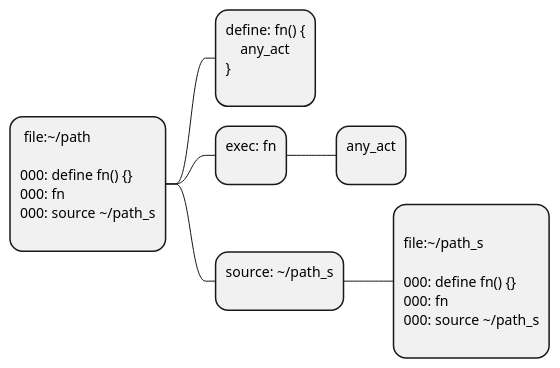
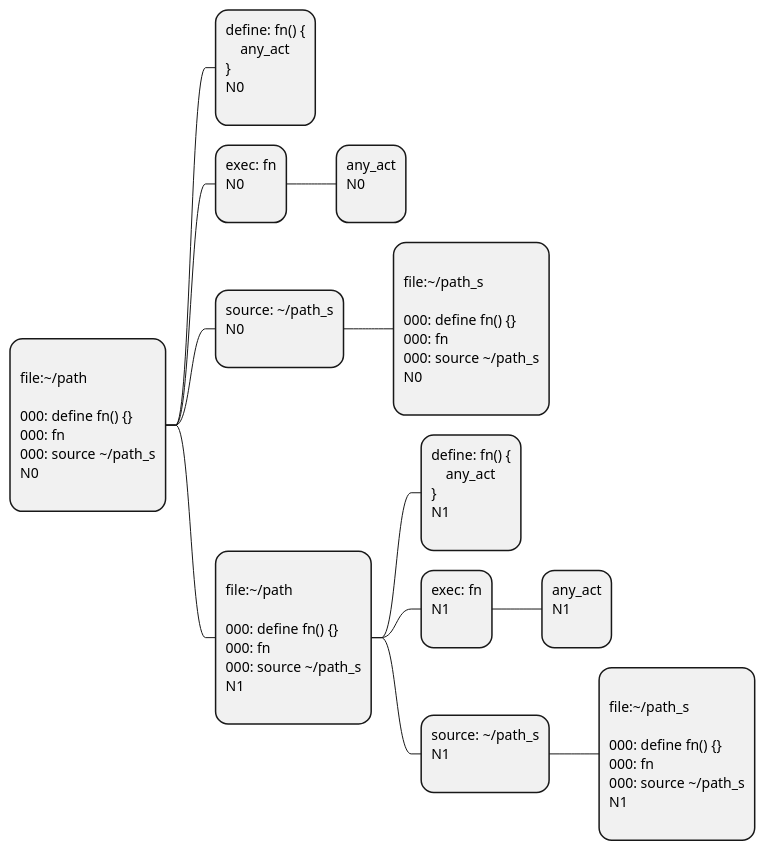
The diagram in .d/.stl.d/stl.boot.d/stl.boot.flumen.d/stl.boot.flumen.tml.puml (legioner9/stl), drawn with PlantUML before and after one commit. The commit also changed 79 other files, not shown here.

```diff
--- a/.d/.stl.d/stl.boot.d/stl.boot.flumen.d/stl.boot.flumen.tml.puml
+++ b/.d/.stl.d/stl.boot.d/stl.boot.flumen.d/stl.boot.flumen.tml.puml
@@ -1,32 +1,88 @@
 @startmindmap
+'/home/st/.stl.d/stl.boot.d/stl.boot.flumen.d/stl.boot.flumen.puml.cntx.d/_001.stdgm.puml
 
-*: file:\~/path
+
+' STANDART DGM -------- start --------
+*:
+file:\~/path
 
 000: define fn() {}
 000: fn 
 000: source \~/path_s
+N0
 ;
+
 
 **:define: fn() {
     any_act
 }
+N0
 ;
 
 **:exec: fn
+N0
 ;
 
 ***:any_act
+N0
 ;
 
 **:source: \~/path_s
+N0
 ;
 
 ***:
 file:\~/path_s
 
 000: define fn() {}
 000: fn 
 000: source \~/path_s
+N0
 ;
 
+' STANDART DGM -------- end --------
+
+'/home/st/.stl.d/stl.boot.d/stl.boot.flumen.d/stl.boot.flumen.puml.cntx.d/002.d/_stdgm.puml
+
+
+' STANDART DGM -------- start --------
+**:
+file:\~/path
+
+000: define fn() {}
+000: fn 
+000: source \~/path_s
+N1
+;
+
+
+***:define: fn() {
+    any_act
+}
+N1
+;
+
+***:exec: fn
+N1
+;
+
+****:any_act
+N1
+;
+
+***:source: \~/path_s
+N1
+;
+
+****:
+file:\~/path_s
+
+000: define fn() {}
+000: fn 
+000: source \~/path_s
+N1
+;
+
+' STANDART DGM -------- end --------
+
 @endmindmap
```
